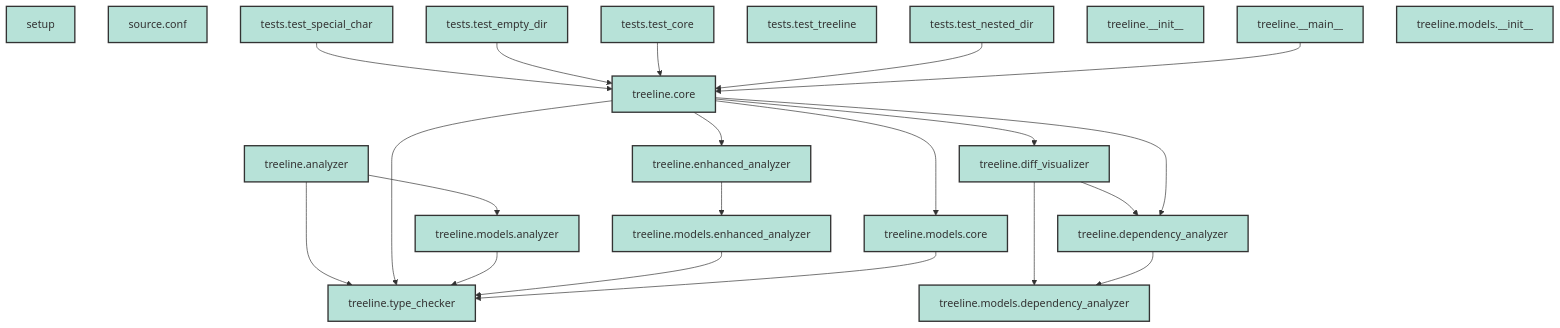
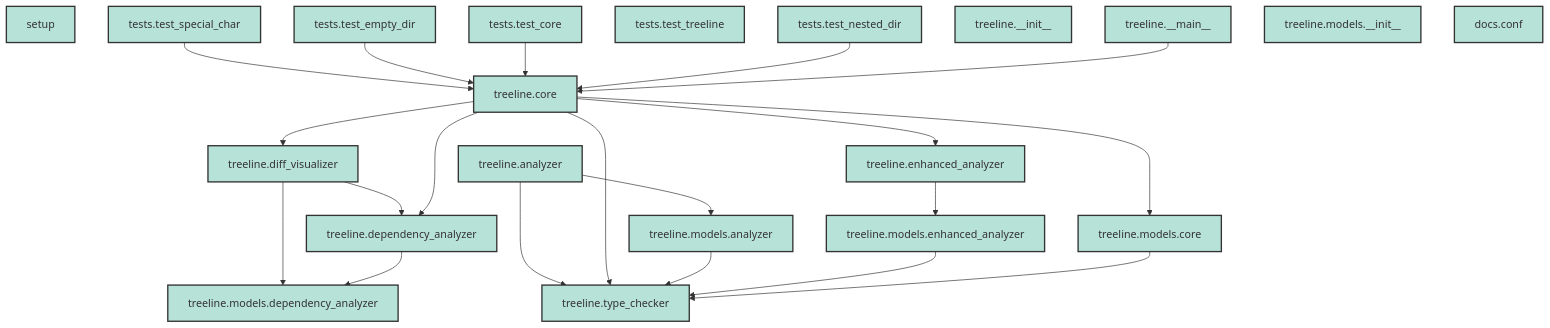
One commit to duriantaco/treeline changed the first of 14 diagrams in results/tree.md. Above: the diagram before and after it, drawn with Mermaid. The commit also changed other lines of this file and 3 other files, not shown here.

````diff
--- a/results/tree.md
+++ b/results/tree.md
@@ -10,47 +10,47 @@
 ```mermaid
 graph TD
 
     %% Styling
     classDef modNode fill:#b7e2d8,stroke:#333,stroke-width:2px
 
     setup["setup"]:::modNode
-    source_conf["source.conf"]:::modNode
     tests_test_special_char["tests.test_special_char"]:::modNode
     tests_test_empty_dir["tests.test_empty_dir"]:::modNode
     tests_test_core["tests.test_core"]:::modNode
     tests_test_treeline["tests.test_treeline"]:::modNode
     tests_test_nested_dir["tests.test_nested_dir"]:::modNode
     treeline_type_checker["treeline.type_checker"]:::modNode
     treeline_diff_visualizer["treeline.diff_visualizer"]:::modNode
     treeline_dependency_analyzer["treeline.dependency_analyzer"]:::modNode
     treeline_analyzer["treeline.analyzer"]:::modNode
     treeline___init__["treeline.__init__"]:::modNode
     treeline_enhanced_analyzer["treeline.enhanced_analyzer"]:::modNode
     treeline_core["treeline.core"]:::modNode
     treeline___main__["treeline.__main__"]:::modNode
     treeline_models_dependency_analyzer["treeline.models.dependency_analyzer"]:::modNode
     treeline_models_analyzer["treeline.models.analyzer"]:::modNode
     treeline_models___init__["treeline.models.__init__"]:::modNode
     treeline_models_enhanced_analyzer["treeline.models.enhanced_analyzer"]:::modNode
     treeline_models_core["treeline.models.core"]:::modNode
+    docs_conf["docs.conf"]:::modNode
 
     tests_test_special_char --> treeline_core
     tests_test_empty_dir --> treeline_core
     tests_test_core --> treeline_core
     tests_test_nested_dir --> treeline_core
     treeline_diff_visualizer --> treeline_dependency_analyzer
     treeline_diff_visualizer --> treeline_models_dependency_analyzer
     treeline_dependency_analyzer --> treeline_models_dependency_analyzer
+    treeline_analyzer --> treeline_type_checker
     treeline_analyzer --> treeline_models_analyzer
-    treeline_analyzer --> treeline_type_checker
     treeline_enhanced_analyzer --> treeline_models_enhanced_analyzer
-    treeline_core --> treeline_models_core
+    treeline_core --> treeline_diff_visualizer
+    treeline_core --> treeline_enhanced_analyzer
     treeline_core --> treeline_type_checker
     treeline_core --> treeline_dependency_analyzer
-    treeline_core --> treeline_diff_visualizer
-    treeline_core --> treeline_enhanced_analyzer
+    treeline_core --> treeline_models_core
     treeline___main__ --> treeline_core
     treeline_models_analyzer --> treeline_type_checker
     treeline_models_enhanced_analyzer --> treeline_type_checker
     treeline_models_core --> treeline_type_checker
 ```
````
